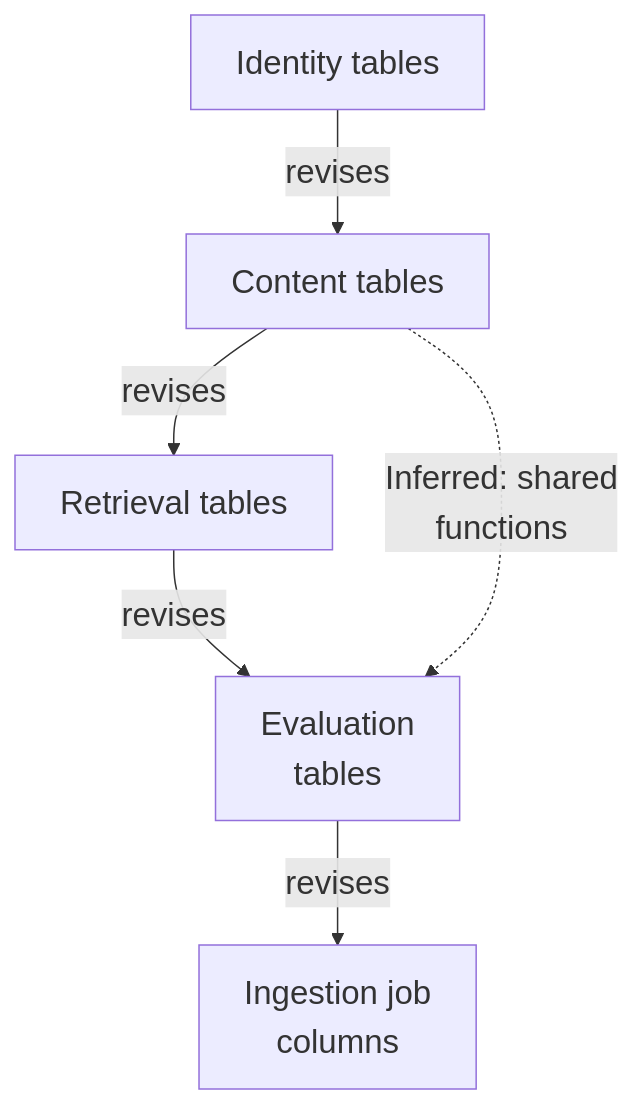
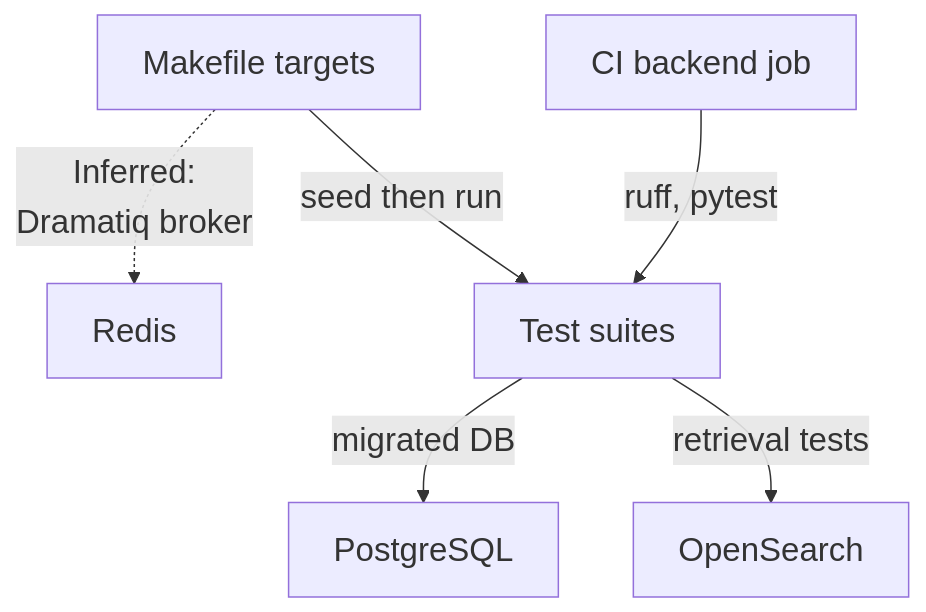
The fifth of 5 diagrams in maps/foundation/README.md (Justin-Mendoza/Afterclass), drawn with Mermaid before and after one commit. The commit also changed other lines of this file and 83 other files, not shown here.

````diff
--- a/maps/foundation/README.md
+++ b/maps/foundation/README.md
@@ -155,14 +177,15 @@
 ```mermaid
 %%{init: {"themeVariables": {"fontSize": "22px"}}}%%
 flowchart TD
-  n0["Identity tables"]
-  n1["Content tables"]
-  n2["Retrieval tables"]
-  n3["Evaluation<br/>tables"]
-  n4["Ingestion job<br/>columns"]
-  n0 -->|"revises"| n1
-  n1 -->|"revises"| n2
-  n2 -->|"revises"| n3
-  n3 -->|"revises"| n4
-  n1 -.->|"Inferred: shared<br/>functions"| n3
+  n0["Makefile targets"]
+  n1["CI backend job"]
+  n2["PostgreSQL"]
+  n3["OpenSearch"]
+  n4["Redis"]
+  n5["Test suites"]
+  n0 -->|"seed then run"| n5
+  n1 -->|"ruff, pytest"| n5
+  n5 -->|"migrated DB"| n2
+  n5 -->|"retrieval tests"| n3
+  n0 -.->|"Inferred:<br/>Dramatiq broker"| n4
 ```
````
